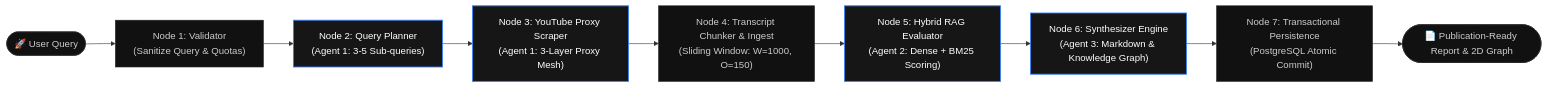
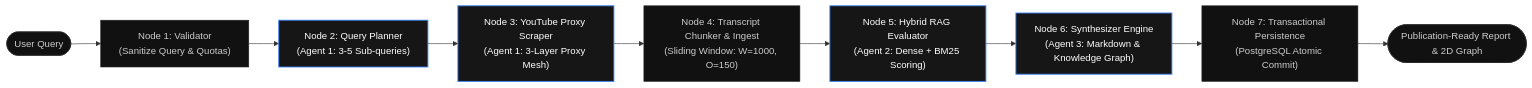
Before and after one commit to saketjha34/ResearchTube: the second of 4 diagrams in backend/README.md, drawn with Mermaid. The commit also changed other lines of this file and 2 other files, not shown here.

````diff
--- a/backend/README.md
+++ b/backend/README.md
@@ -253,16 +258,16 @@
 ```mermaid
 flowchart LR
-    Start([🚀 User Query]) --> N1["Node 1: Validator\n(Sanitize Query & Quotas)"]
+    Start([User Query]) --> N1["Node 1: Validator\n(Sanitize Query & Quotas)"]
     N1 --> N2["Node 2: Query Planner\n(Agent 1: 3-5 Sub-queries)"]
     N2 --> N3["Node 3: YouTube Proxy Scraper\n(Agent 1: 3-Layer Proxy Mesh)"]
     N3 --> N4["Node 4: Transcript Chunker & Ingest\n(Sliding Window: W=1000, O=150)"]
     N4 --> N5["Node 5: Hybrid RAG Evaluator\n(Agent 2: Dense + BM25 Scoring)"]
     N5 --> N6["Node 6: Synthesizer Engine\n(Agent 3: Markdown & Knowledge Graph)"]
     N6 --> N7["Node 7: Transactional Persistence\n(PostgreSQL Atomic Commit)"]
-    N7 --> End([📄 Publication-Ready Report & 2D Graph])
+    N7 --> End([Publication-Ready Report & 2D Graph])
 
     classDef agent fill:#161616,stroke:#3b82f6,stroke-width:1.5px,color:#ffffff;
     classDef node fill:#111111,stroke:#262626,stroke-width:1px,color:#cccccc;
     class N2,N3,N5,N6 agent;
     class N1,N4,N7 node;
 ```
````
